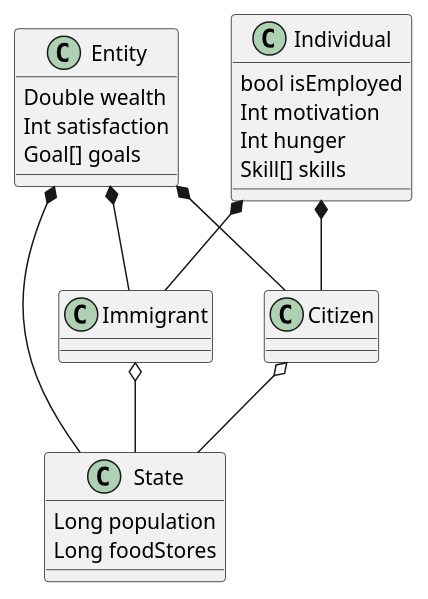
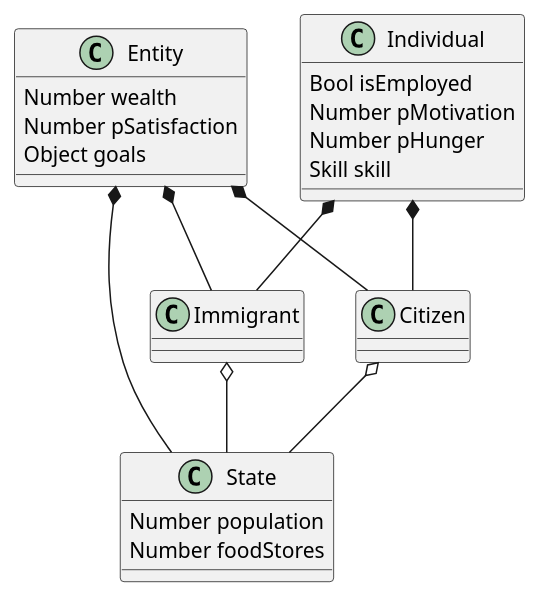
The diagram in entities.plantuml (ksami/simgov), drawn with PlantUML before and after one commit. The commit also changed 5 other files, not shown here.

```diff
--- a/entities.plantuml
+++ b/entities.plantuml
@@ -1,25 +1,25 @@
 class Entity {
-  Double wealth
-  Int satisfaction
-  Goal[] goals
+  Number wealth
+  Number pSatisfaction
+  Object goals
 }
 class Individual {
-  bool isEmployed
-  Int motivation
-  Int hunger
-  Skill[] skills
+  Bool isEmployed
+  Number pMotivation
+  Number pHunger
+  Skill skill
 }
 class Citizen
 class Immigrant
 class State {
-  Long population
-  Long foodStores
+  Number population
+  Number foodStores
 }
 
 Entity *-- Citizen
 Individual *-- Citizen
 Entity *-- Immigrant
 Individual *-- Immigrant
 Entity *-- State
 Citizen o-- State
 Immigrant o-- State
```
